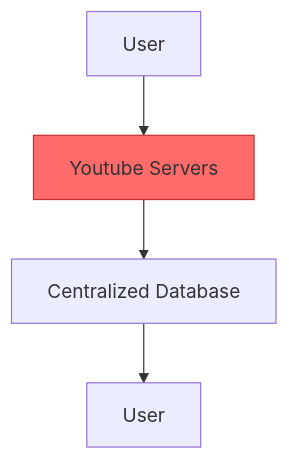
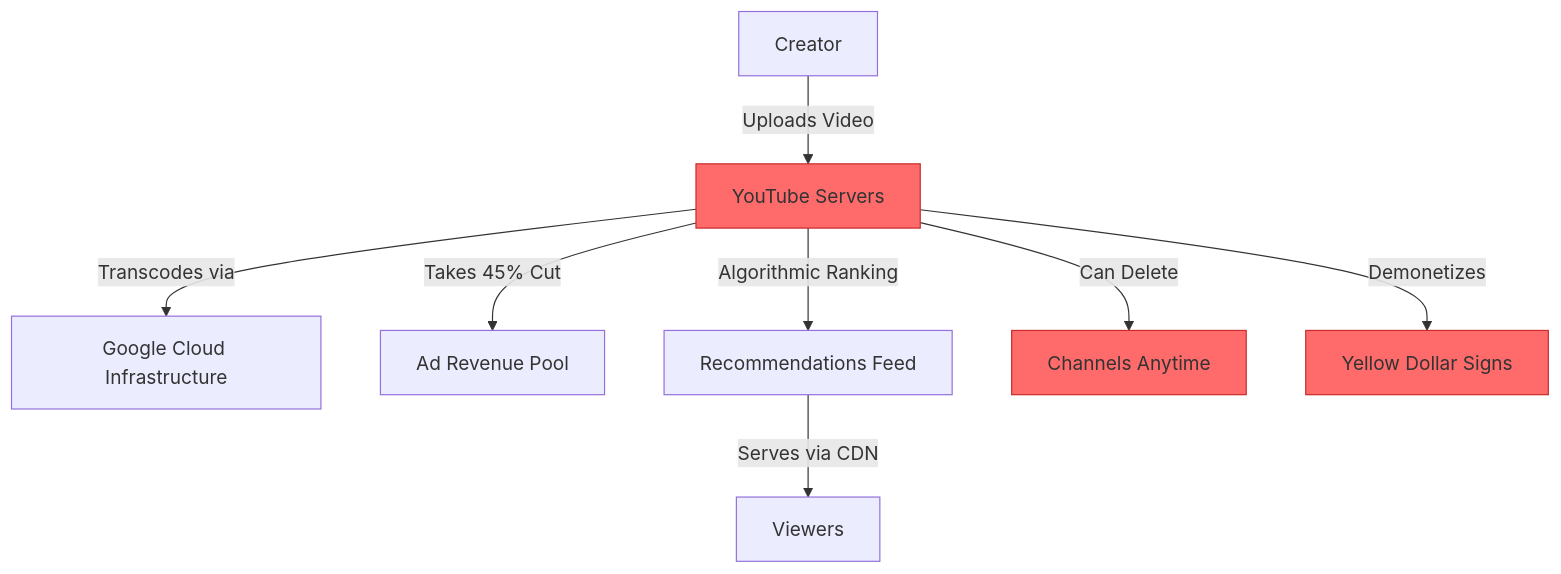
The first of 2 diagrams in 02-content-streaming/02-youtube-to-livepeer.md (Elvatar2/Web2-To-Web3-Migration-Guide), drawn with Mermaid before and after one commit. The commit also changed other lines of this file, not shown here.

````diff
--- a/02-content-streaming/02-youtube-to-livepeer.md
+++ b/02-content-streaming/02-youtube-to-livepeer.md
@@ -52,8 +63,14 @@
 ```mermaid
 graph TB
-    A[User] --> B[Youtube Servers]
-    B --> C[Centralized Database]
-    C --> D[User]
+    A[Creator] -->|Uploads Video| B[YouTube Servers]
+    B -->|Transcodes via| C[Google Cloud Infrastructure]
+    B -->|Takes 45% Cut| D[Ad Revenue Pool]
+    B -->|Algorithmic Ranking| E[Recommendations Feed]
+    E -->|Serves via CDN| F[Viewers]
+    B -->|Can Delete| G[Channels Anytime]
+    B -->|Demonetizes| H[Yellow Dollar Signs]
 
     style B fill:#ff6b6b,stroke:#c92a2a
+    style G fill:#ff6b6b,stroke:#c92a2a
+    style H fill:#ff6b6b,stroke:#c92a2a
 ```
````
